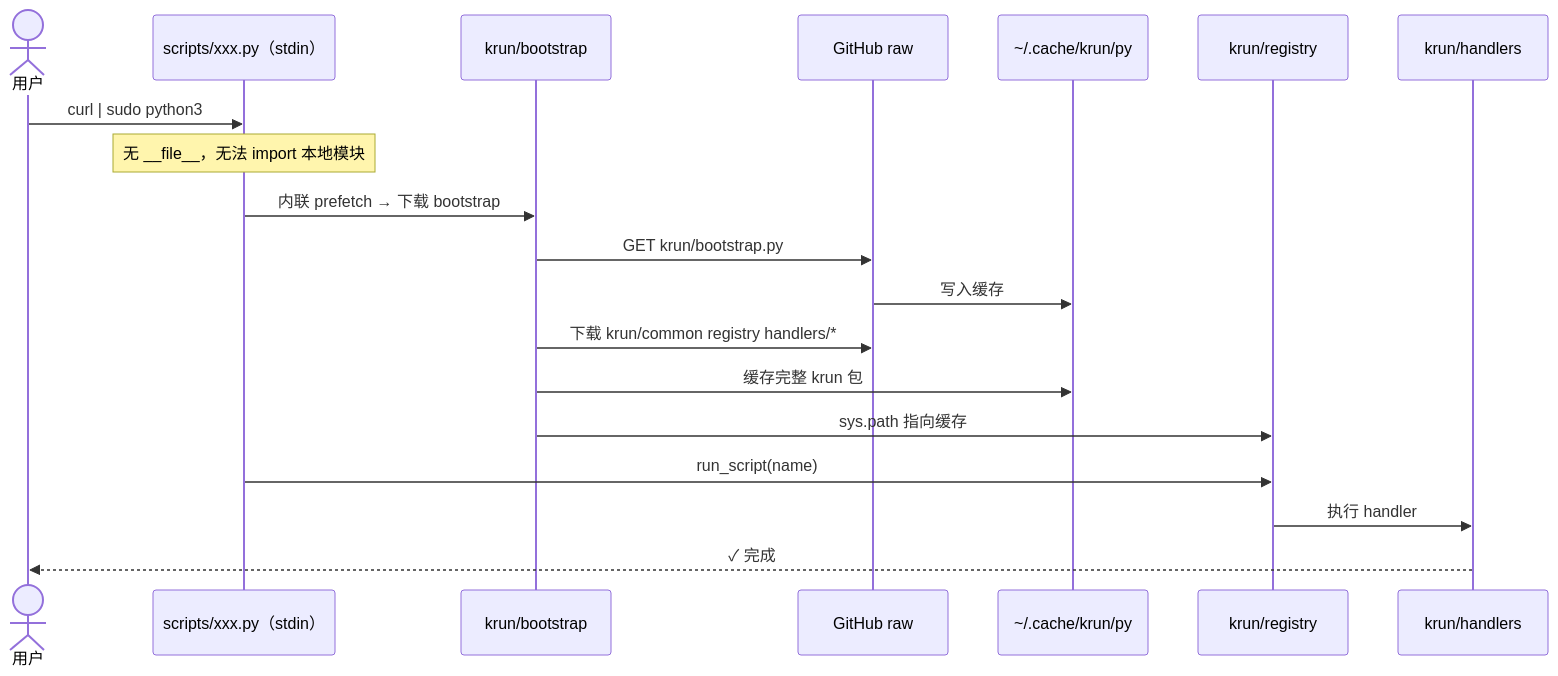
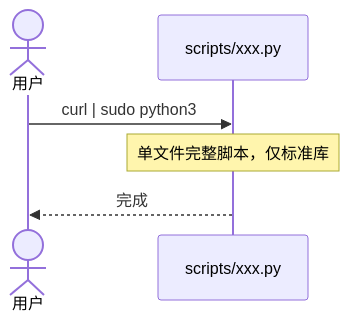
One commit to kevin197011/krun changed the third of 4 diagrams in README.md. Above: the diagram before and after it, drawn with Mermaid. The commit also changed other lines of this file and 112 other files, not shown here.

````diff
--- a/README.md
+++ b/README.md
@@ -125,22 +86,9 @@
 ```mermaid
 sequenceDiagram
     actor U as 用户
-    participant S as scripts/xxx.py（stdin）
-    participant B as krun/bootstrap
-    participant GH as GitHub raw
-    participant C as ~/.cache/krun/py
-    participant R as krun/registry
-    participant H as krun/handlers
+    participant S as scripts/xxx.py
 
     U->>S: curl | sudo python3
-    Note over S: 无 __file__，无法 import 本地模块
-    S->>B: 内联 prefetch → 下载 bootstrap
-    B->>GH: GET krun/bootstrap.py
-    GH->>C: 写入缓存
-    B->>GH: 下载 krun/common registry handlers/*
-    B->>C: 缓存完整 krun 包
-    B->>R: sys.path 指向缓存
-    S->>R: run_script(name)
-    R->>H: 执行 handler
-    H-->>U: ✓ 完成
+    Note over S: 单文件完整脚本，仅标准库
+    S-->>U: 完成
 ```
````
